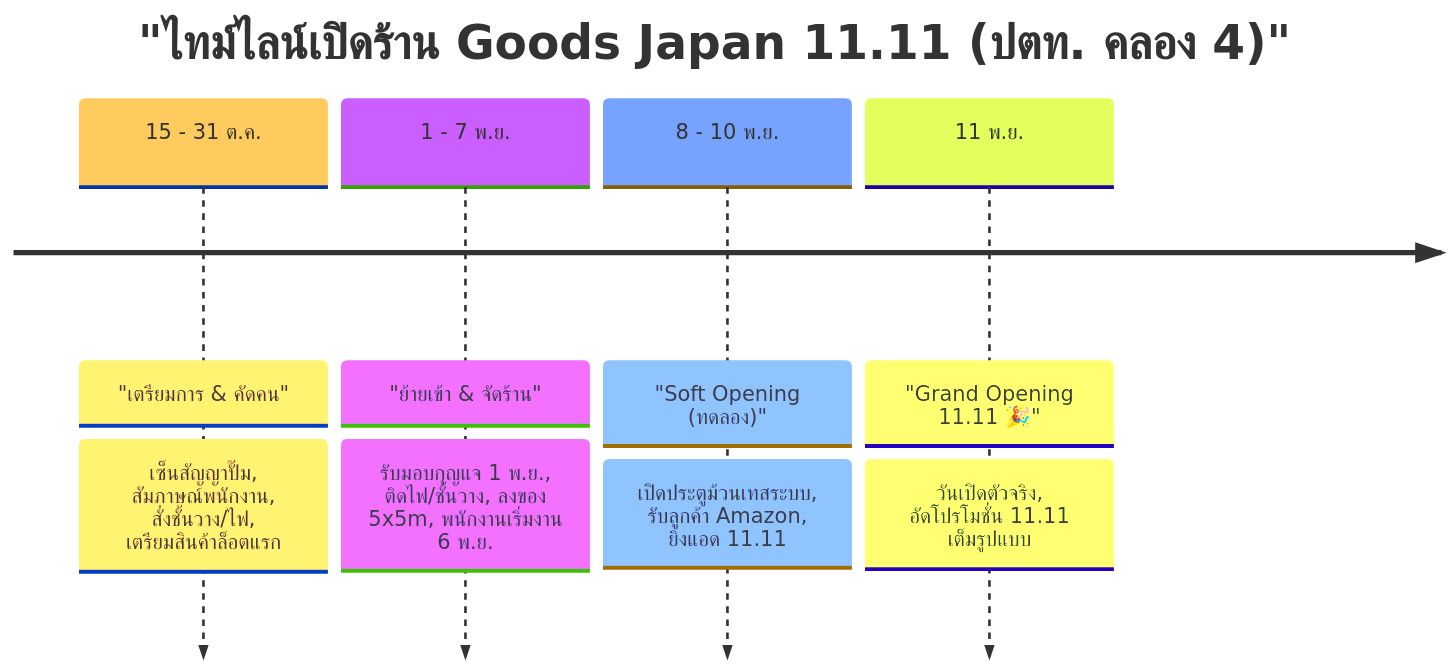
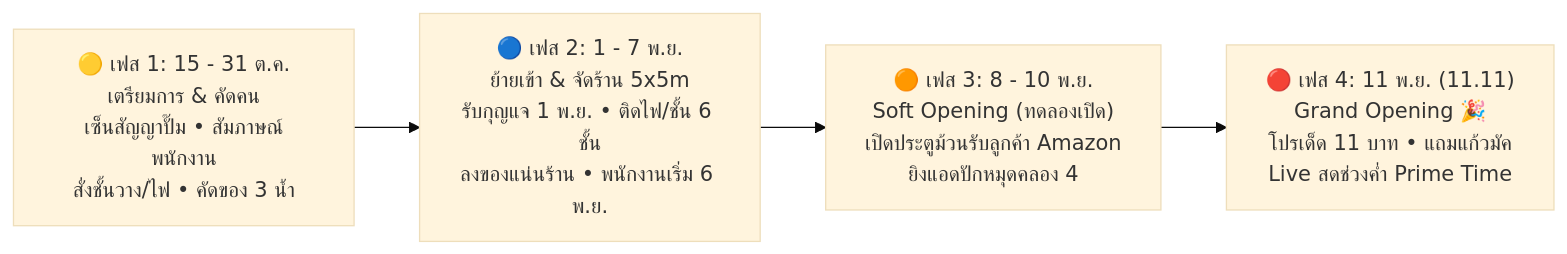
Before and after one commit to temsiripuns100/goods-japan-business-plan: diagram 11 of 12 in README.md, drawn with Mermaid (base theme). The commit also changed other lines of this file, not shown here.

````diff
--- a/README.md
+++ b/README.md
@@ -897,8 +903,6 @@
 ```mermaid
-timeline
-    title "ไทม์ไลน์เปิดร้าน Goods Japan 11.11 (ปตท. คลอง 4)"
-    15 - 31 ต.ค. : "เตรียมการ & คัดคน" : เซ็นสัญญาปั๊ม, สัมภาษณ์พนักงาน, สั่งชั้นวาง/ไฟ, เตรียมสินค้าล็อตแรก
-    1 - 7 พ.ย. : "ย้ายเข้า & จัดร้าน" : รับมอบกุญแจ 1 พ.ย., ติดไฟ/ชั้นวาง, ลงของ 5x5m, พนักงานเริ่มงาน 6 พ.ย.
-    8 - 10 พ.ย. : "Soft Opening (ทดลอง)" : เปิดประตูม้วนเทสระบบ, รับลูกค้า Amazon, ยิงแอด 11.11
-    11 พ.ย. : "Grand Opening 11.11 🎉" : วันเปิดตัวจริง, อัดโปรโมชั่น 11.11 เต็มรูปแบบ
+flowchart LR
+    P1["🟡 เฟส 1: 15 - 31 ต.ค.<br/>เตรียมการ & คัดคน<br/>เซ็นสัญญาปั๊ม • สัมภาษณ์พนักงาน<br/>สั่งชั้นวาง/ไฟ • คัดของ 3 น้ำ"] --> P2["🔵 เฟส 2: 1 - 7 พ.ย.<br/>ย้ายเข้า & จัดร้าน 5x5m<br/>รับกุญแจ 1 พ.ย. • ติดไฟ/ชั้น 6 ชั้น<br/>ลงของแน่นร้าน • พนักงานเริ่ม 6 พ.ย."]
+    P2 --> P3["🟠 เฟส 3: 8 - 10 พ.ย.<br/>Soft Opening (ทดลองเปิด)<br/>เปิดประตูม้วนรับลูกค้า Amazon<br/>ยิงแอดปักหมุดคลอง 4"]
+    P3 --> P4["🔴 เฟส 4: 11 พ.ย. (11.11)<br/>Grand Opening 🎉<br/>โปรเด็ด 11 บาท • แถมแก้วมัค<br/>Live สดช่วงค่ำ Prime Time"]
 ```
````
